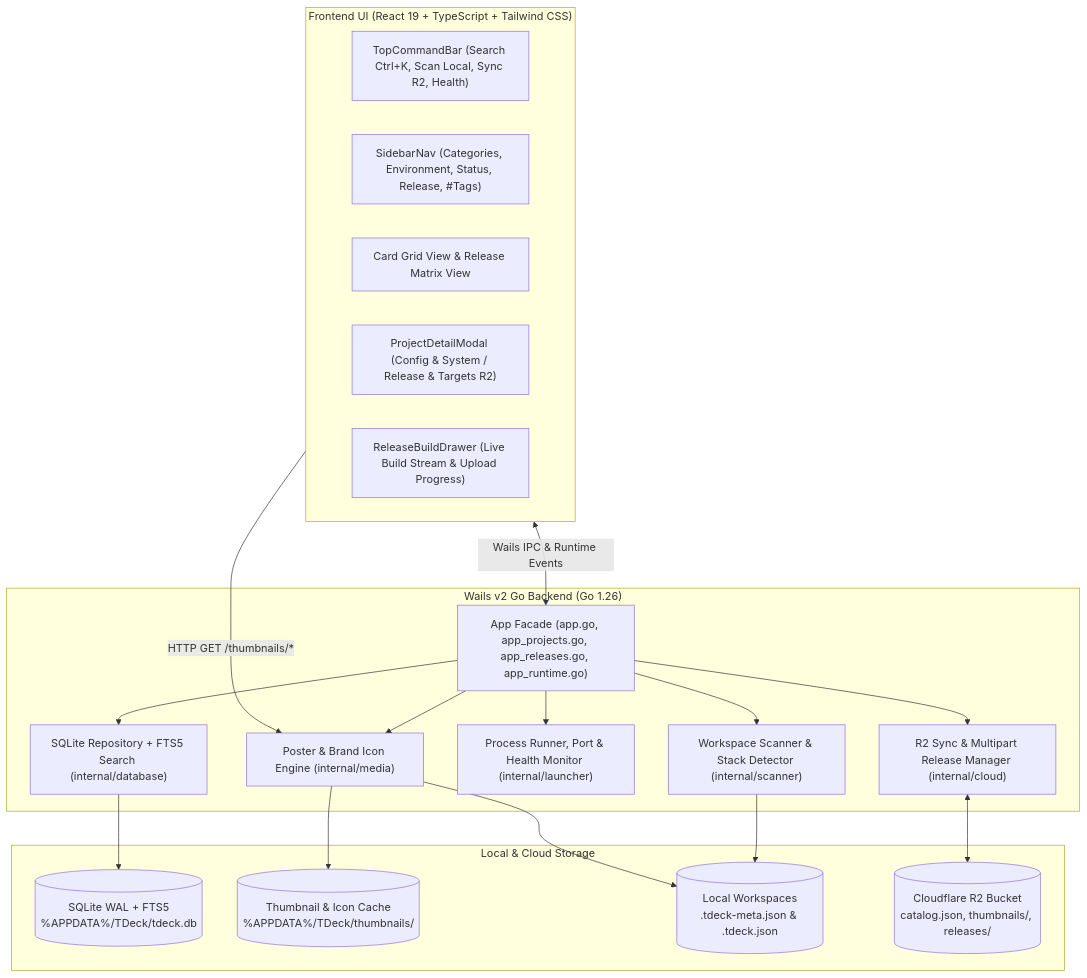
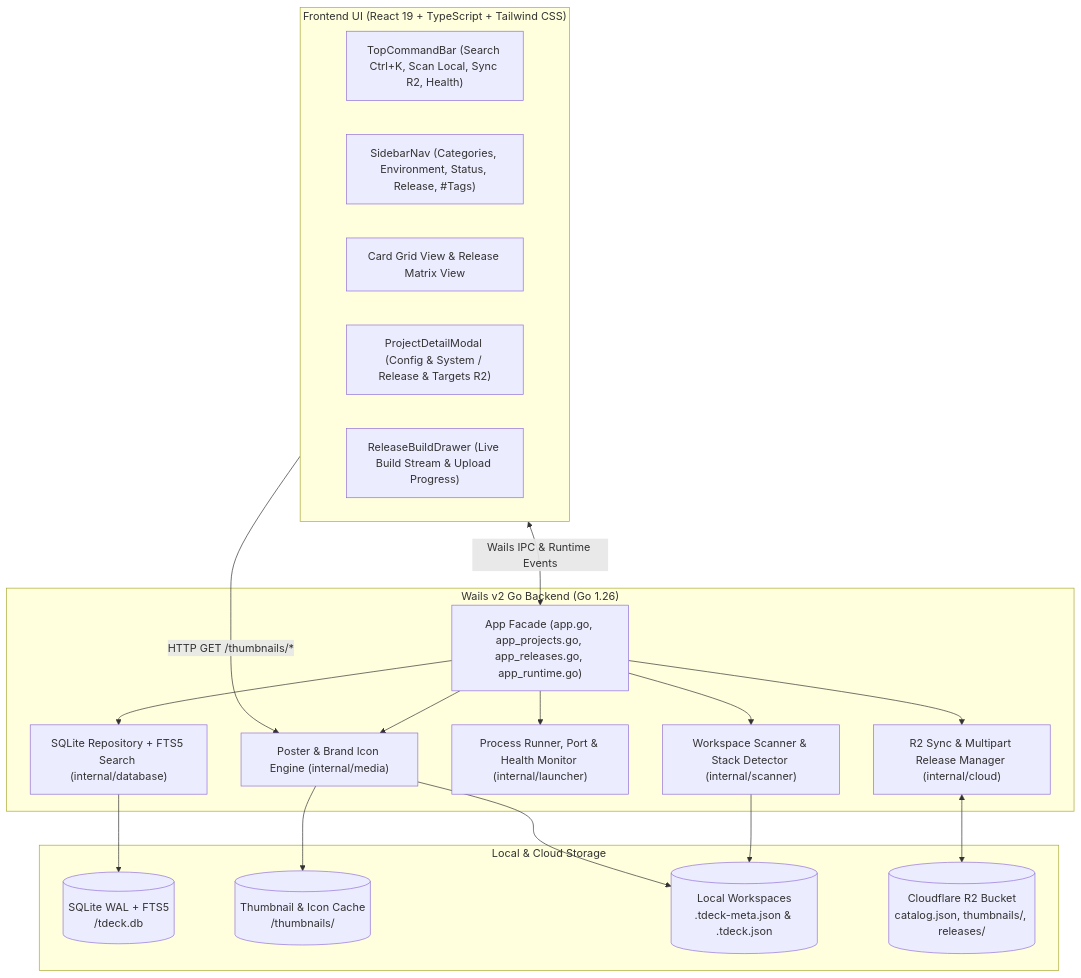
Before and after one commit to kacher2097/t-deck: the diagram in README.md, drawn with Mermaid. The commit also changed other lines of this file and 26 other files, not shown here.

Commit message:
feat(installer): store data in user install dir and add Windows/Linux release installers

````diff
--- a/README.md
+++ b/README.md
@@ -46,39 +46,39 @@
 ```mermaid
 flowchart TD
     subgraph Frontend ["Frontend UI (React 19 + TypeScript + Tailwind CSS)"]
         TopBar["TopCommandBar (Search Ctrl+K, Scan Local, Sync R2, Health)"]
         Sidebar["SidebarNav (Categories, Environment, Status, Release, #Tags)"]
         Views["Card Grid View & Release Matrix View"]
         Modal["ProjectDetailModal (Config & System / Release & Targets R2)"]
         Drawer["ReleaseBuildDrawer (Live Build Stream & Upload Progress)"]
     end
 
     subgraph Backend ["Wails v2 Go Backend (Go 1.26)"]
         Facade["App Facade (app.go, app_projects.go, app_releases.go, app_runtime.go)"]
         Scanner["Workspace Scanner & Stack Detector (internal/scanner)"]
         Media["Poster & Brand Icon Engine (internal/media)"]
         Launcher["Process Runner, Port & Health Monitor (internal/launcher)"]
         Cloud["R2 Sync & Multipart Release Manager (internal/cloud)"]
         Repo["SQLite Repository + FTS5 Search (internal/database)"]
     end
 
     subgraph Storage ["Local & Cloud Storage"]
-        SQLite[("SQLite WAL + FTS5\n%APPDATA%/TDeck/tdeck.db")]
-        Thumbs[("Thumbnail & Icon Cache\n%APPDATA%/TDeck/thumbnails/")]
+        SQLite[("SQLite WAL + FTS5\n<InstallDir>/tdeck.db")]
+        Thumbs[("Thumbnail & Icon Cache\n<InstallDir>/thumbnails/")]
         Disk[("Local Workspaces\n.tdeck-meta.json & .tdeck.json")]
         R2[("Cloudflare R2 Bucket\ncatalog.json, thumbnails/, releases/")]
     end
 
     Frontend <-->|"Wails IPC & Runtime Events"| Facade
     Frontend -->|"HTTP GET /thumbnails/*"| Media
     Facade --> Scanner
     Facade --> Media
     Facade --> Launcher
     Facade --> Cloud
     Facade --> Repo
     Scanner --> Disk
     Media --> Thumbs
     Media --> Disk
     Repo --> SQLite
     Cloud <--> R2
 ```
````
